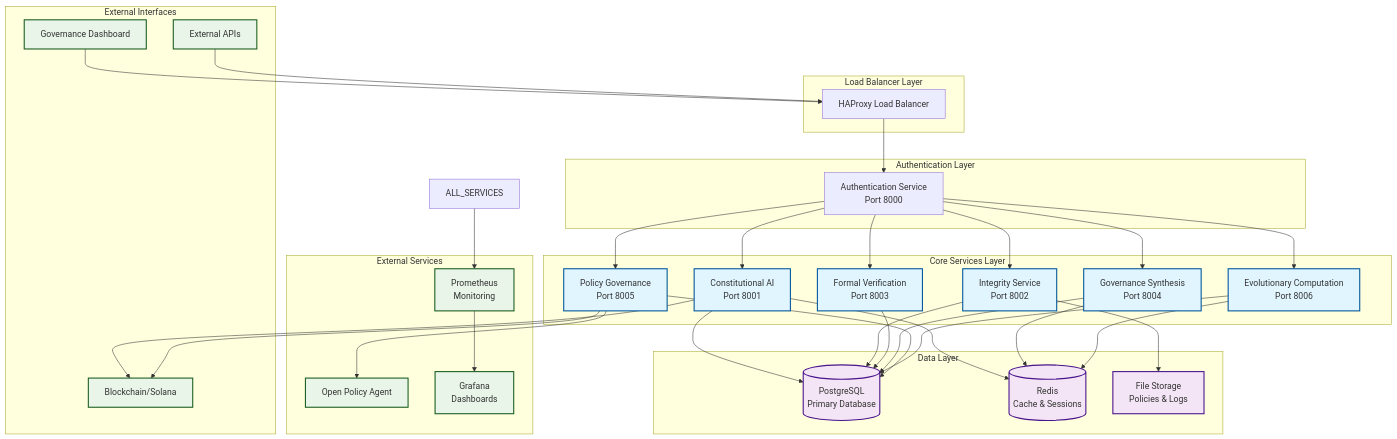
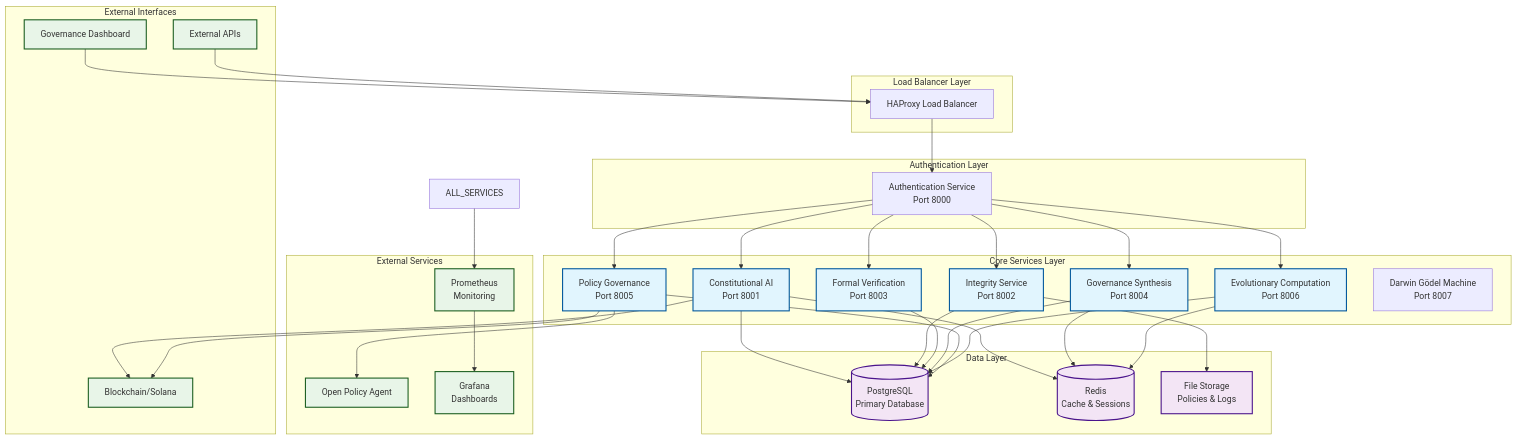
One commit to CA-git-com-co/ACGS changed the first of 8 diagrams in docs/architecture/visual_architecture_diagrams.md. Above: the diagram before and after it, drawn with Mermaid. The commit also changed other lines of this file and 24 other files, not shown here.

First line of the commit message:
docs(comprehensive): Complete documentation overhaul for 8-service architecture with DGM integration

````diff
--- a/docs/architecture/visual_architecture_diagrams.md
+++ b/docs/architecture/visual_architecture_diagrams.md
@@ -7,74 +7,75 @@
 ```mermaid
 graph TB
     subgraph "External Interfaces"
         UI[Governance Dashboard]
         API[External APIs]
         BC[Blockchain/Solana]
     end
     
     subgraph "Load Balancer Layer"
         LB[HAProxy Load Balancer]
     end
     
     subgraph "Authentication Layer"
         AUTH[Authentication Service<br/>Port 8000]
     end
     
     subgraph "Core Services Layer"
         AC[Constitutional AI<br/>Port 8001]
         INT[Integrity Service<br/>Port 8002]
         FV[Formal Verification<br/>Port 8003]
         GS[Governance Synthesis<br/>Port 8004]
         PGC[Policy Governance<br/>Port 8005]
         EC[Evolutionary Computation<br/>Port 8006]
+        DGM[Darwin Gödel Machine<br/>Port 8007]
     end
     
     subgraph "Data Layer"
         PG[(PostgreSQL<br/>Primary Database)]
         RD[(Redis<br/>Cache & Sessions)]
         FS[File Storage<br/>Policies & Logs]
     end
     
     subgraph "External Services"
         OPA[Open Policy Agent]
         PROM[Prometheus<br/>Monitoring]
         GRAF[Grafana<br/>Dashboards]
     end
     
     UI --> LB
     API --> LB
     LB --> AUTH
     
     AUTH --> AC
     AUTH --> INT
     AUTH --> FV
     AUTH --> GS
     AUTH --> PGC
     AUTH --> EC
     
     AC --> PG
     AC --> RD
     INT --> PG
     INT --> FS
     FV --> PG
     GS --> PG
     GS --> RD
     PGC --> PG
     PGC --> OPA
     EC --> PG
     EC --> RD
     
     AC --> BC
     PGC --> BC
     
     ALL_SERVICES --> PROM
     PROM --> GRAF
     
     classDef coreService fill:#e1f5fe,stroke:#01579b,stroke-width:2px
     classDef dataStore fill:#f3e5f5,stroke:#4a148c,stroke-width:2px
     classDef external fill:#e8f5e8,stroke:#1b5e20,stroke-width:2px
     
     class AC,INT,FV,GS,PGC,EC coreService
     class PG,RD,FS dataStore
     class UI,API,BC,OPA,PROM,GRAF external
 ```
````
